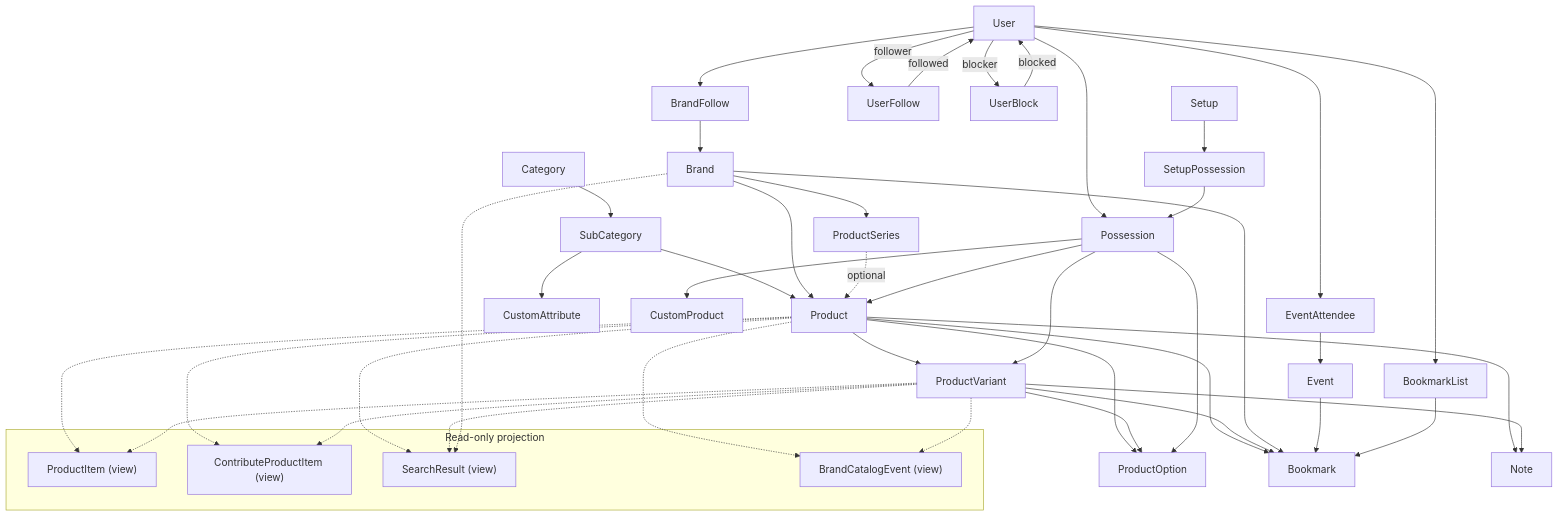
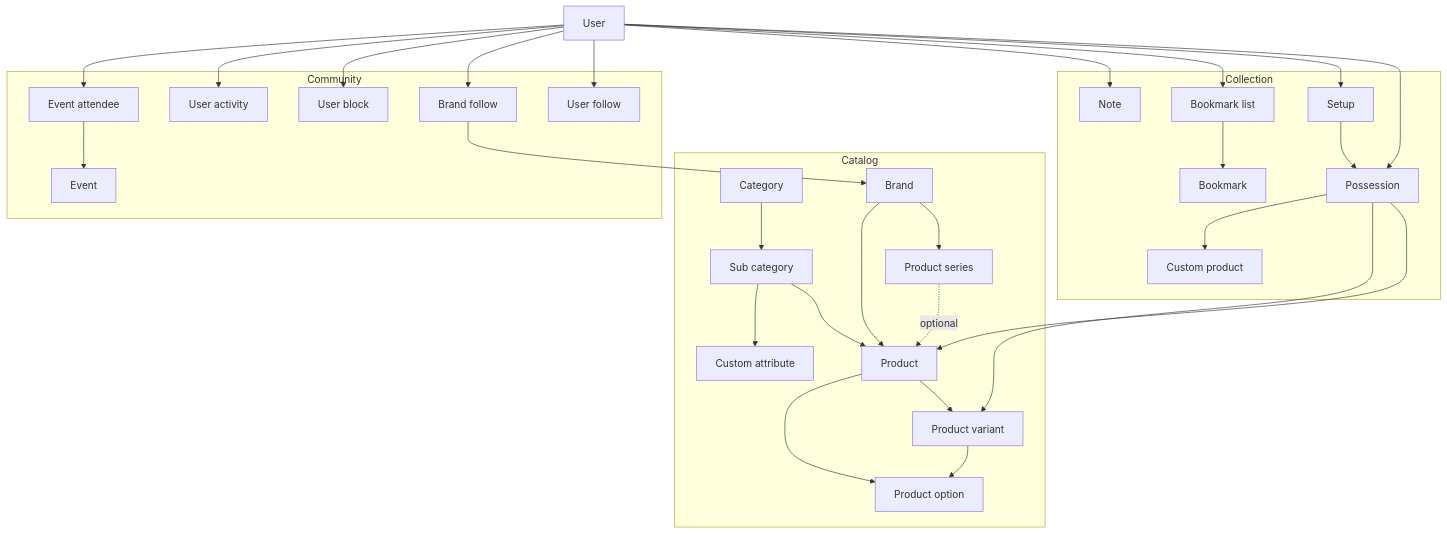
One commit to mgrsskls/hifilog changed the diagram in README.md. Above: the diagram before and after it, drawn with Mermaid. The commit also changed other lines of this file and 37 other files, not shown here.

````diff
--- a/README.md
+++ b/README.md
@@ -13,45 +86,42 @@
 ```mermaid
 flowchart TB
-  Category --> SubCategory
-  SubCategory --> Product
-  SubCategory --> CustomAttribute
-  Brand --> Product
-  Brand --> ProductSeries
-  ProductSeries -.->|optional| Product
-  Product --> ProductVariant
-  Product --> ProductOption
-  ProductVariant --> ProductOption
+  subgraph Catalog
+    Category --> SubCategory[Sub category]
+    Brand --> ProductSeries[Product series]
+    Brand --> Product
+    SubCategory --> Product
+    SubCategory --> CustomAttribute[Custom attribute]
+    ProductSeries -.->|optional| Product
+    Product --> ProductVariant[Product variant]
+    Product --> ProductOption[Product option]
+    ProductVariant --> ProductOption
+  end
+  subgraph Collection
+    Possession
+    CustomProduct[Custom product]
+    Setup
+    Bookmark
+    BookmarkList[Bookmark list]
+    Note
+  end
+  subgraph Community
+    UserFollow[User follow]
+    BrandFollow[Brand follow]
+    UserBlock[User block]
+    UserActivity[User activity]
+    EventAttendee[Event attendee] --> Event
+  end
   User --> Possession
+  User --> Setup
+  User --> BookmarkList --> Bookmark
+  User --> Note
+  User --> UserFollow
+  User --> BrandFollow --> Brand
+  User --> UserBlock
+  User --> UserActivity
+  User --> EventAttendee
   Possession --> Product
   Possession --> ProductVariant
   Possession --> CustomProduct
-  Possession --> ProductOption
-  Product --> Bookmark
-  ProductVariant --> Bookmark
-  Brand --> Bookmark
-  Event --> Bookmark
-  User --> BookmarkList
-  BookmarkList --> Bookmark
-  Setup --> SetupPossession --> Possession
-  Product --> Note
-  ProductVariant --> Note
-  User --> EventAttendee --> Event
-  User -->|follower| UserFollow -->|followed| User
-  User -->|blocker| UserBlock -->|blocked| User
-  User --> BrandFollow --> Brand
-  subgraph readonly [Read-only projection]
-    ProductItem["ProductItem (view)"]
-    ContributeProductItem["ContributeProductItem (view)"]
-    SearchResult["SearchResult (view)"]
-    BrandCatalogEvent["BrandCatalogEvent (view)"]
-  end
-  Product -.-> ProductItem
-  ProductVariant -.-> ProductItem
-  Product -.-> ContributeProductItem
-  ProductVariant -.-> ContributeProductItem
-  Product -.-> SearchResult
-  ProductVariant -.-> SearchResult
-  Brand -.-> SearchResult
-  Product -.-> BrandCatalogEvent
-  ProductVariant -.-> BrandCatalogEvent
+  Setup --> Possession
 ```
````
